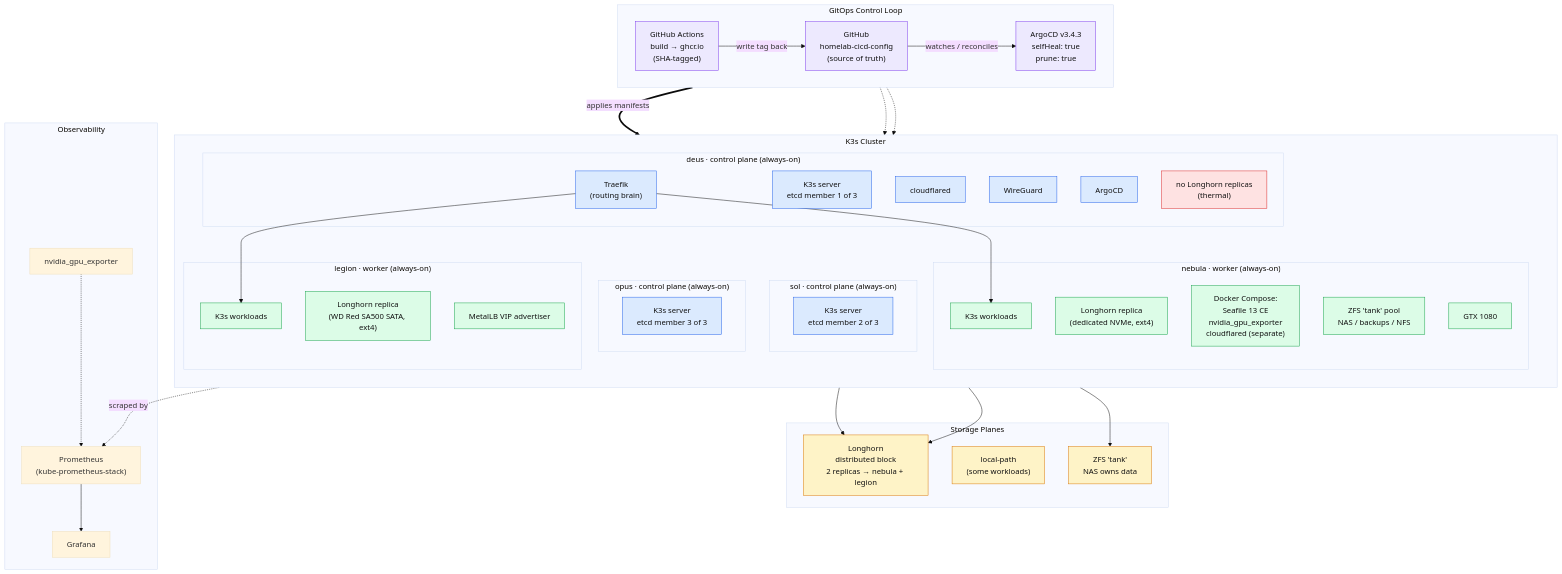
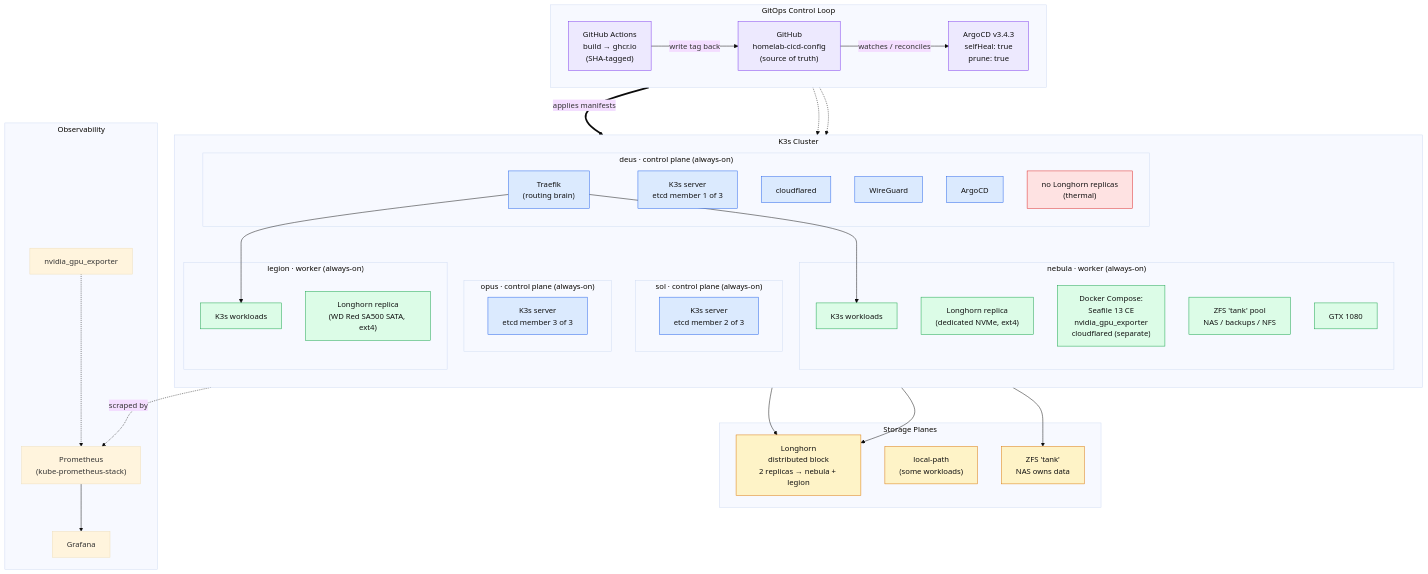
Before and after one commit to home-compute-cluster/docs: the second of 4 diagrams in docs/system-architecture/home-cluster.md, drawn with Mermaid (base theme). The commit also changed other lines of this file and 4 other files, not shown here.

```diff
--- a/docs/system-architecture/home-cluster.md
+++ b/docs/system-architecture/home-cluster.md
@@ -173,7 +182,6 @@
         subgraph legion["legion · worker (always-on)"]
             leg_workloads["K3s workloads"]
             leg_sata["Longhorn replica<br/>(WD Red SA500 SATA, ext4)"]
-            leg_metallb["MetalLB VIP advertiser"]
         end
     end
 
@@ -211,7 +219,7 @@
     classDef git fill:#ede9fe,stroke:#7c3aed,color:#111
 
     class k3s_server,sol_server,opus_server,traefik2,cloudflared2,wg2,argo2 control
-    class neb_workloads,neb_nvme,neb_compose,neb_zfs,neb_gpu,leg_workloads,leg_sata,leg_metallb worker
+    class neb_workloads,neb_nvme,neb_compose,neb_zfs,neb_gpu,leg_workloads,leg_sata worker
     class longhorn,localpath,zfs_nas store
     class note_deus warn
     class gh,gha,argo git
```
